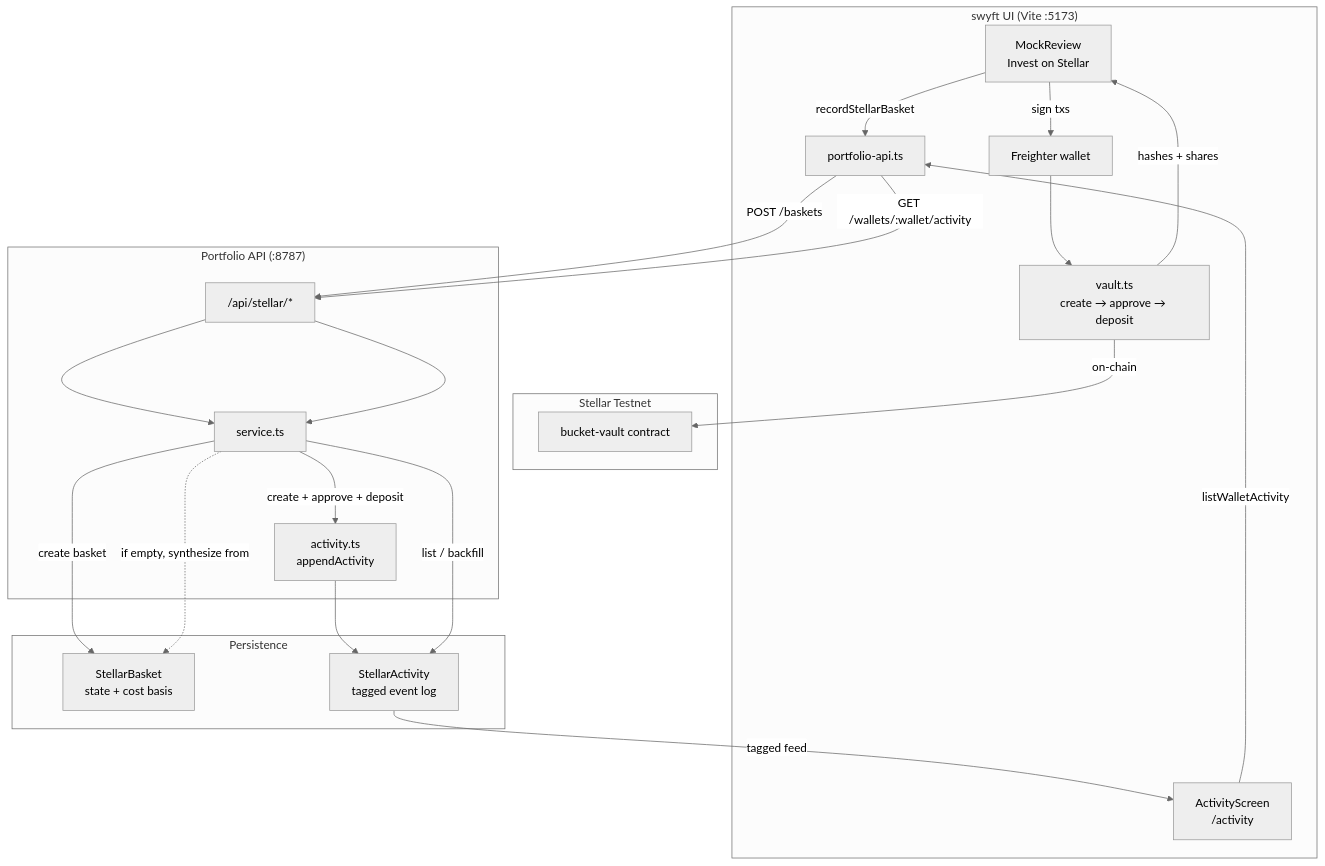
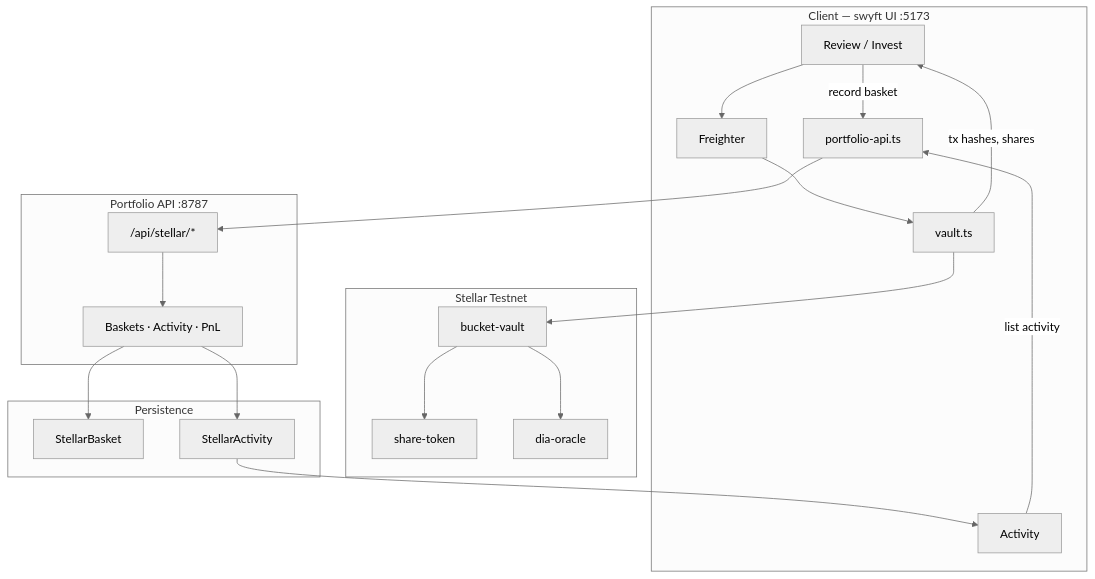
The diagram in README.md (Kali-Decoder/stellar-crates-tinder), drawn with Mermaid (neutral theme) before and after one commit. The commit also changed other lines of this file, not shown here.

````diff
--- a/README.md
+++ b/README.md
@@ -32,43 +110,36 @@
 ```mermaid
 flowchart TB
-  subgraph Client["swyft UI (Vite :5173)"]
-    Review["MockReview<br/>Invest on Stellar"]
-    Vault["vault.ts<br/>create → approve → deposit"]
-    Freighter["Freighter wallet"]
-    API["portfolio-api.ts"]
-    Activity["ActivityScreen<br/>/activity"]
+  subgraph Client["Client — swyft UI :5173"]
+    Review["Review / Invest"]
+    VaultSDK["vault.ts"]
+    Freighter["Freighter"]
+    PortfolioClient["portfolio-api.ts"]
+    ActivityUI["Activity"]
   end
 
   subgraph Chain["Stellar Testnet"]
-    VaultC["bucket-vault contract"]
+    VaultC["bucket-vault"]
+    Shares["share-token"]
+    Oracle["dia-oracle"]
   end
 
-  subgraph Server["Portfolio API (:8787)"]
+  subgraph API["Portfolio API :8787"]
     Routes["/api/stellar/*"]
-    Service["service.ts"]
-    ActivityMod["activity.ts<br/>appendActivity"]
+    Service["Baskets · Activity · PnL"]
   end
 
-  subgraph Store["Persistence"]
-    Baskets["StellarBasket<br/>state + cost basis"]
-    Events["StellarActivity<br/>tagged event log"]
+  subgraph Data["Persistence"]
+    Baskets["StellarBasket"]
+    Events["StellarActivity"]
   end
 
-  Review -->|sign txs| Freighter
-  Freighter --> Vault
-  Vault -->|on-chain| VaultC
-  Vault -->|hashes + shares| Review
-  Review -->|recordStellarBasket| API
-  API -->|POST /baskets| Routes
-  Routes --> Service
-  Service -->|create basket| Baskets
-  Service -->|create + approve + deposit| ActivityMod
-  ActivityMod --> Events
-
-  Activity -->|listWalletActivity| API
-  API -->|GET /wallets/:wallet/activity| Routes
-  Routes --> Service
-  Service -->|list / backfill| Events
-  Service -.->|if empty, synthesize from| Baskets
-  Events -->|tagged feed| Activity
+  Review --> Freighter --> VaultSDK --> VaultC
+  VaultC --> Shares
+  VaultC --> Oracle
+  VaultSDK -->|tx hashes, shares| Review
+  Review -->|record basket| PortfolioClient --> Routes --> Service
+  Service --> Baskets
+  Service --> Events
+  ActivityUI -->|list activity| PortfolioClient
+  Events --> ActivityUI
 ```
````
